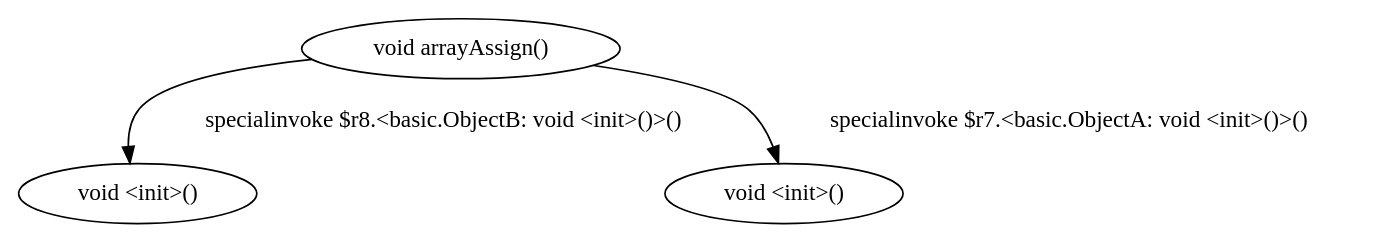
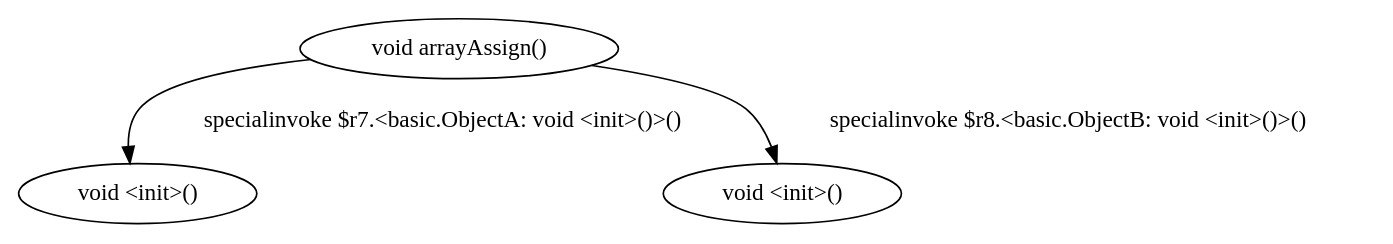
Before and after one commit to SeanCoek/zString: the diagram in dot/<assignment.BasicAssignment: void arrayAssign()>.dot, drawn with Graphviz. The commit also changed other lines of this file and 351 other files, not shown here.

```diff
--- a/dot/<assignment.BasicAssignment: void arrayAssign()>.dot
+++ b/dot/<assignment.BasicAssignment: void arrayAssign()>.dot
@@ -1,7 +1,7 @@
 digraph g {
+2[label="void <init>()"]
+0[label="void arrayAssign()"]
 1[label="void <init>()"]
-0[label="void arrayAssign()"]
-2[label="void <init>()"]
 0->1[label="specialinvoke $r8.<basic.ObjectB: void <init>()>()"]
 0->2[label="specialinvoke $r7.<basic.ObjectA: void <init>()>()"]
 }
```
